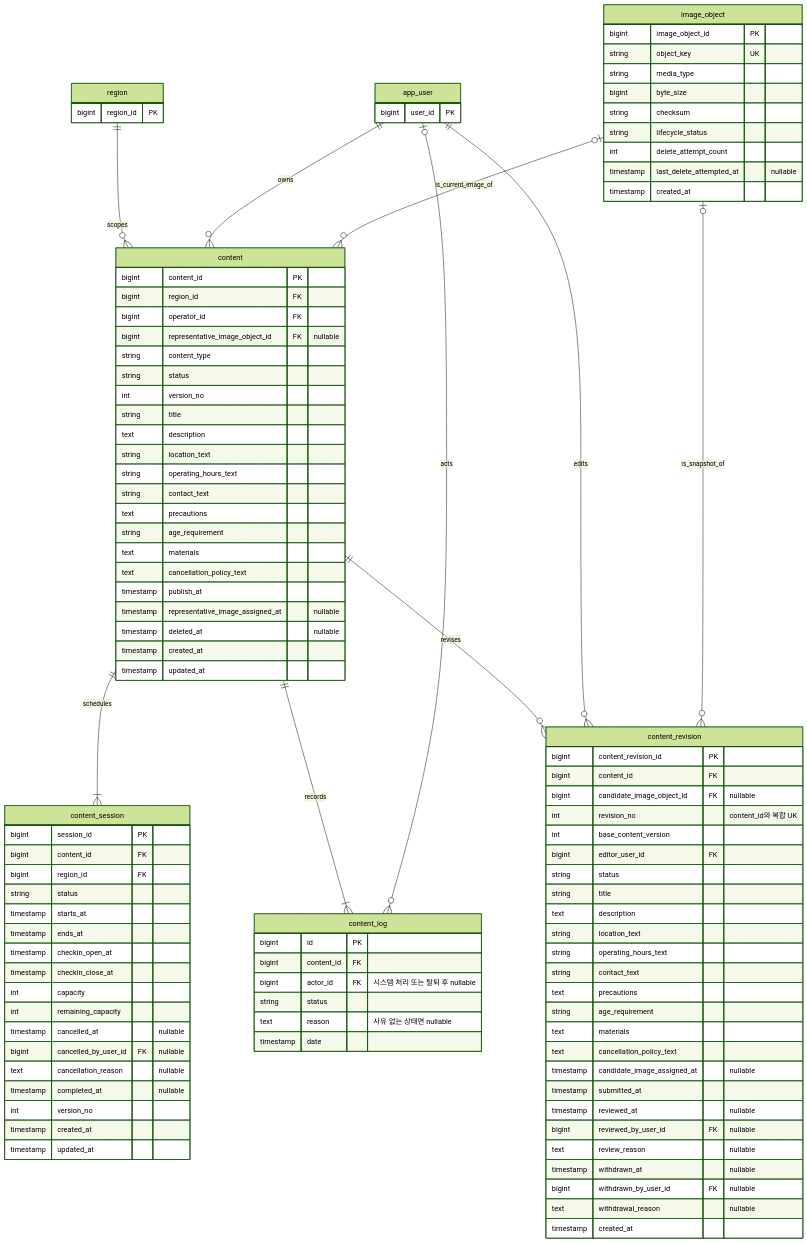
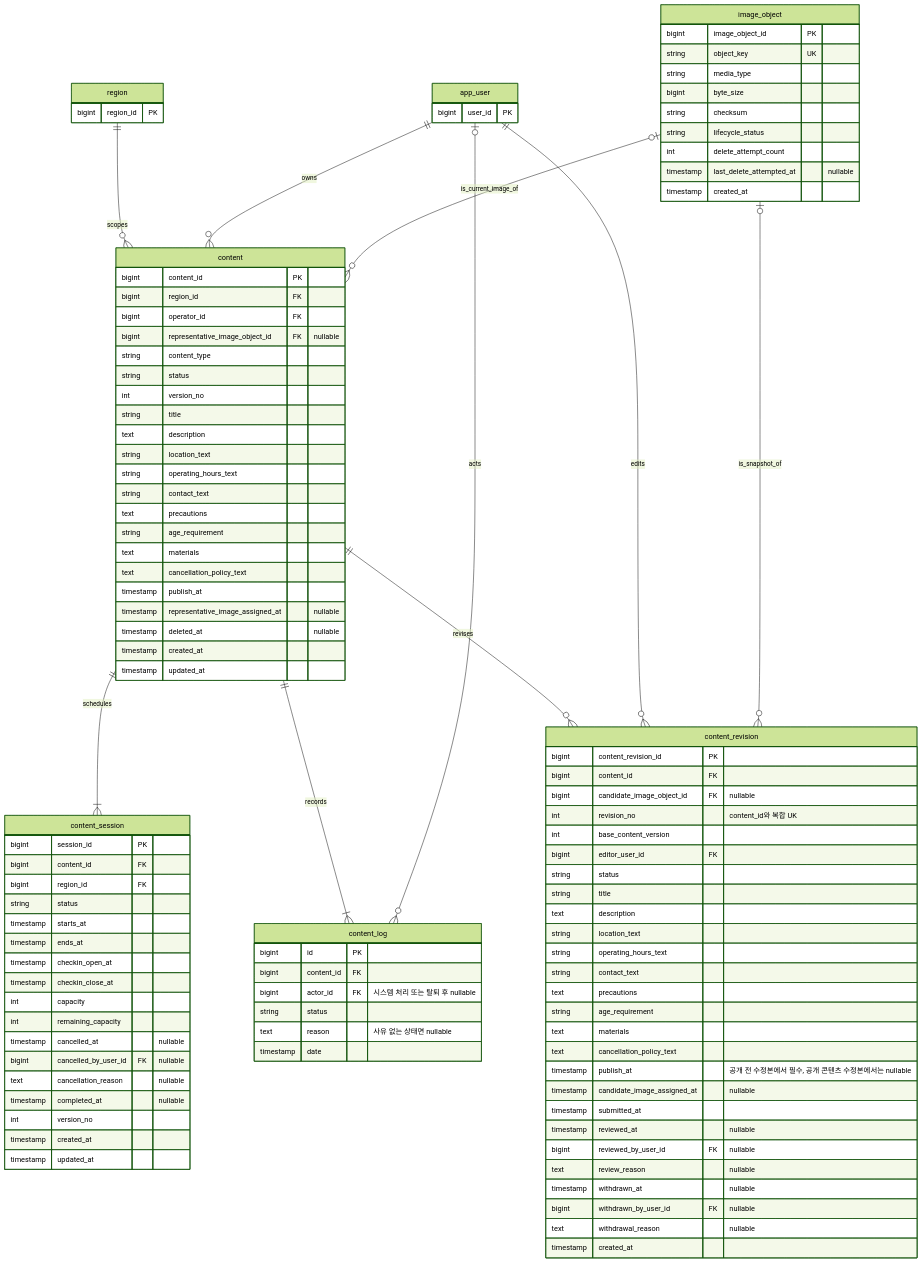
The third of 5 diagrams in docs/erd.md (Gimhae-Yay/Regional-Event-Platform-Backend), drawn with Mermaid (forest theme) before and after one commit. The commit also changed other lines of this file and 15 other files, not shown here.

```diff
--- a/docs/erd.md
+++ b/docs/erd.md
@@ -351,6 +351,7 @@
         string age_requirement
         text materials
         text cancellation_policy_text
+        timestamp publish_at "공개 전 수정본에서 필수, 공개 콘텐츠 수정본에서는 nullable"
         timestamp candidate_image_assigned_at "nullable"
         timestamp submitted_at
         timestamp reviewed_at "nullable"
```
